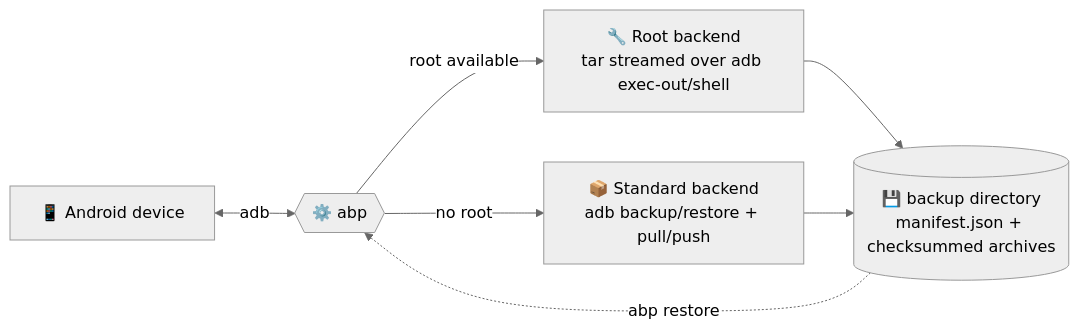
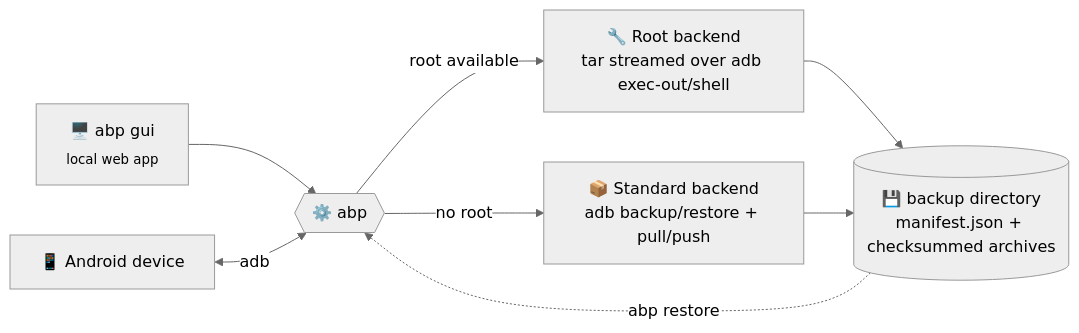
The diagram in README.md (guillaume-behr/abp), drawn with Mermaid (neutral theme) before and after one commit. The commit also changed other lines of this file and 22 other files, not shown here.

````diff
--- a/README.md
+++ b/README.md
@@ -30,9 +30,10 @@
 ```mermaid
 flowchart LR
+    G["🖥️ abp gui<br/><sub>local web app</sub>"] --> A
     D[📱 Android device] <-- adb --> A{{⚙️ abp}}
     A -->|root available| R["🔧 Root backend<br/>tar streamed over adb exec-out/shell"]
     A -->|no root| S["📦 Standard backend<br/>adb backup/restore + pull/push"]
     R --> B[("💾 backup directory<br/>manifest.json + checksummed archives")]
     S --> B
     B -. abp restore .-> A
 ```
````
